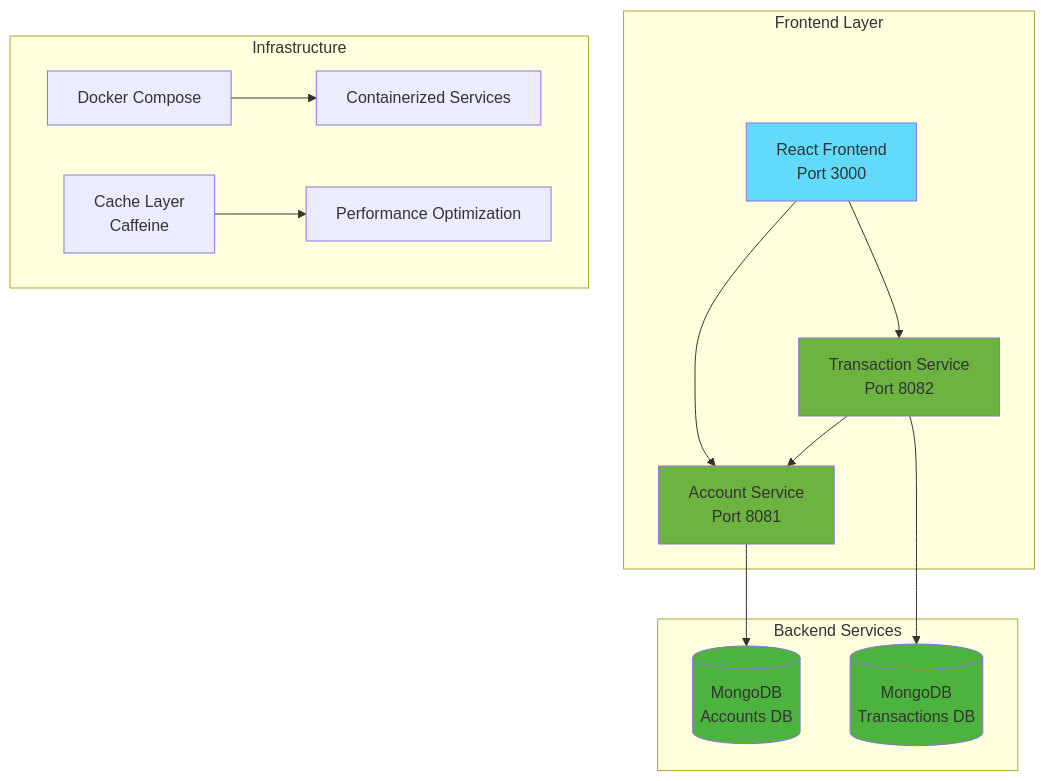
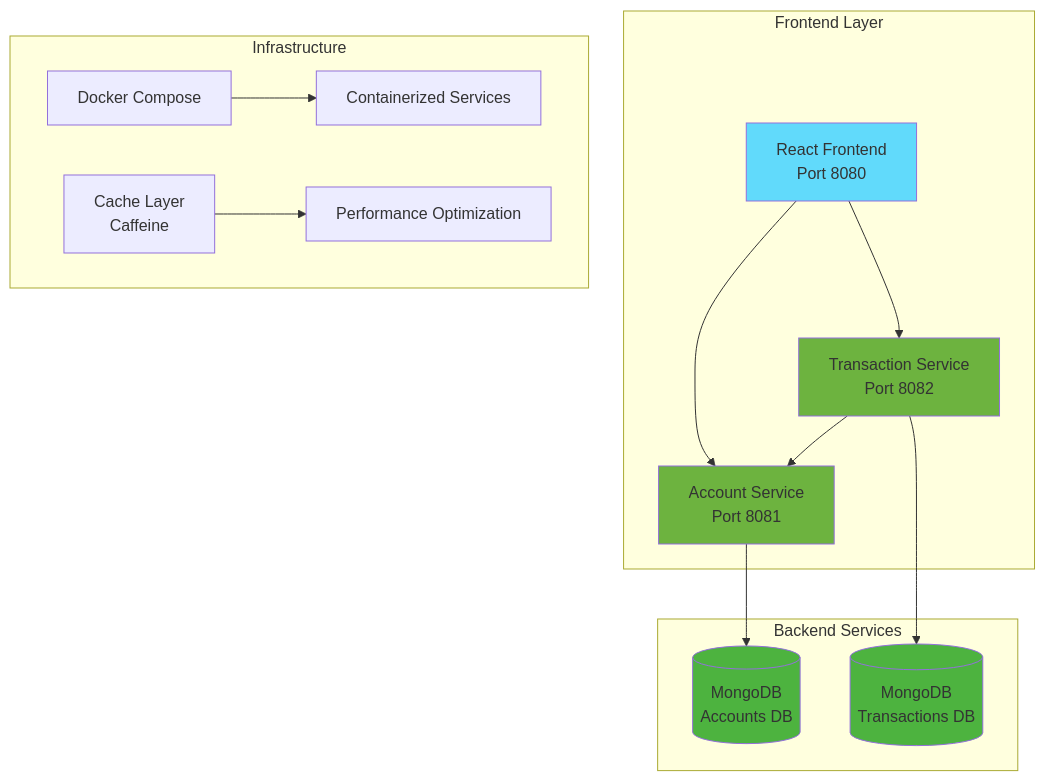
One commit to HilaMasturov/banking-system-home-assignment changed the diagram in README.md. Above: the diagram before and after it, drawn with Mermaid. The commit also changed other lines of this file and 3 other files, not shown here.

````diff
--- a/README.md
+++ b/README.md
@@ -7,24 +7,24 @@
 ```mermaid
 graph TB
     subgraph "Frontend Layer"
-        A[React Frontend<br/>Port 3000] --> B[Account Service<br/>Port 8081]
+        A[React Frontend<br/>Port 8080] --> B[Account Service<br/>Port 8081]
         A --> C[Transaction Service<br/>Port 8082]
     end
     
     subgraph "Backend Services"
         B --> D[(MongoDB<br/>Accounts DB)]
         C --> E[(MongoDB<br/>Transactions DB)]
         C --> B
     end
     
     subgraph "Infrastructure"
         F[Docker Compose] --> G[Containerized Services]
         H[Cache Layer<br/>Caffeine] --> I[Performance Optimization]
     end
     
     style A fill:#61dafb
     style B fill:#6db33f
     style C fill:#6db33f
     style D fill:#4db33f
     style E fill:#4db33f
 ```
````
